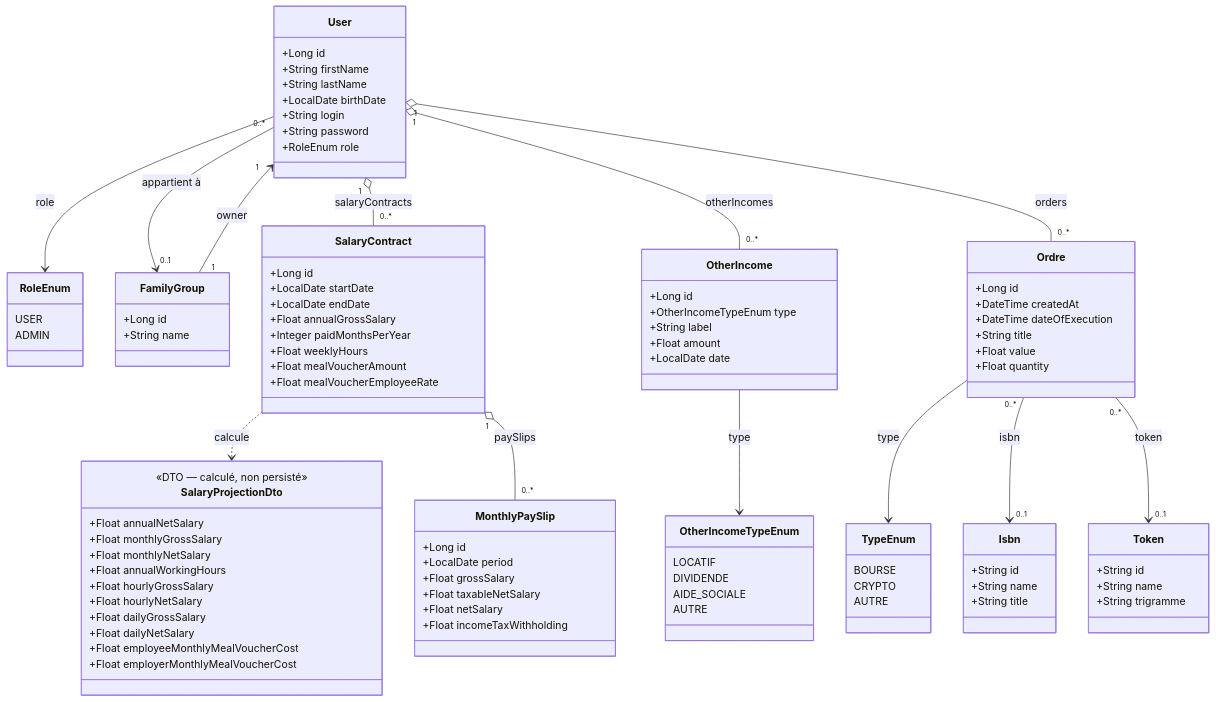
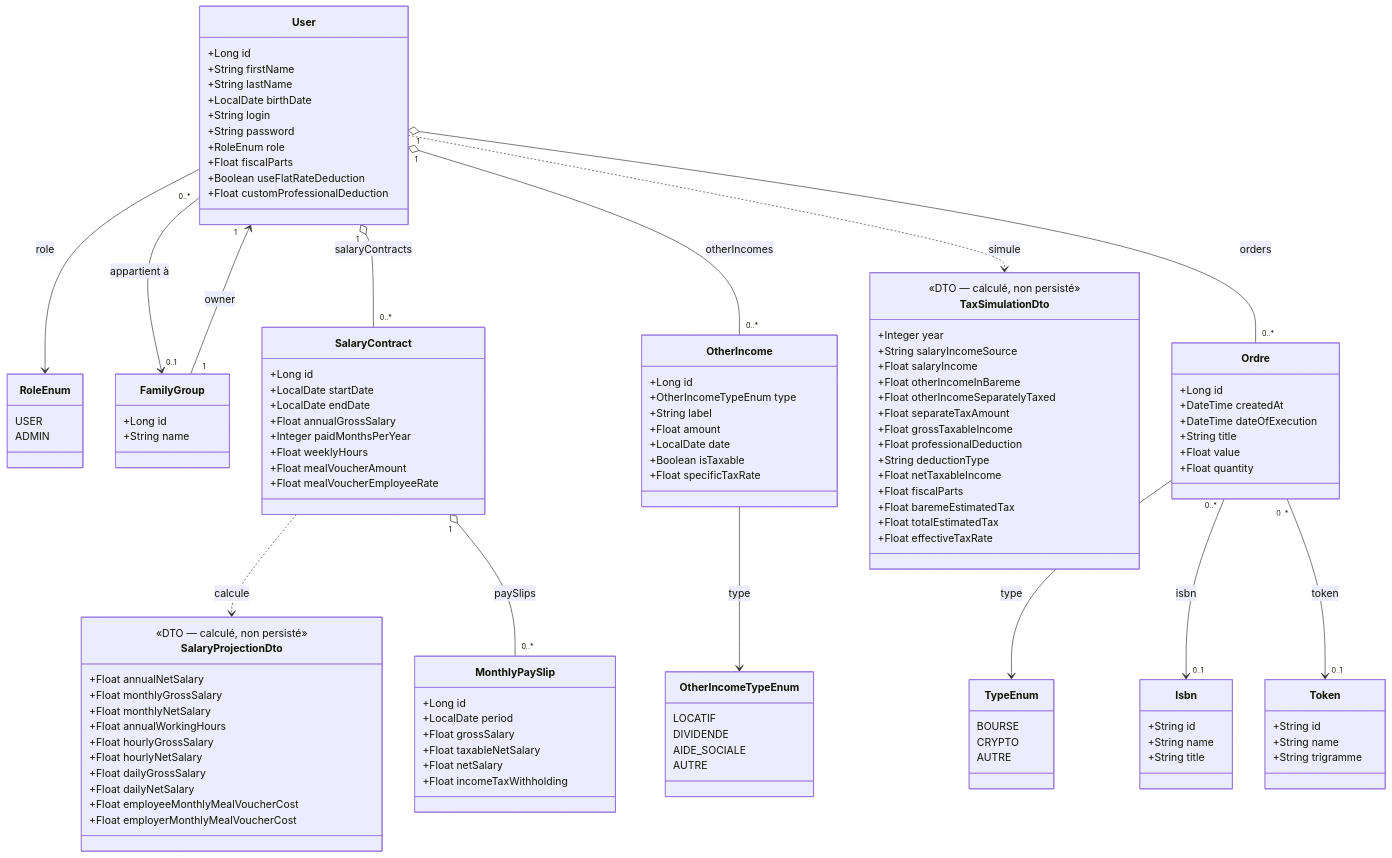
One commit to Neogost/MyFinance changed the diagram in docs/architecture/diagram/class-diagram.mmd. Above: the diagram before and after it, drawn with Mermaid. The commit also changed 8 other files, not shown here.

First line of the commit message:
docs: documentation simulateur des impôts et mise à jour CLAUDE.md

```diff
--- a/docs/architecture/diagram/class-diagram.mmd
+++ b/docs/architecture/diagram/class-diagram.mmd
@@ -1,122 +1,149 @@
 classDiagram
 
     %% ── Utilisateurs ──────────────────────────────────────────
     class User {
         +Long id
         +String firstName
         +String lastName
         +LocalDate birthDate
         +String login
         +String password
         +RoleEnum role
+        +Float fiscalParts
+        +Boolean useFlatRateDeduction
+        +Float customProfessionalDeduction
     }
 
     class RoleEnum {
         USER
         ADMIN
     }
 
     class FamilyGroup {
         +Long id
         +String name
     }
 
     %% ── Revenus salariaux — vue théorique ─────────────────────
     class SalaryContract {
         +Long id
         +LocalDate startDate
         +LocalDate endDate
         +Float annualGrossSalary
         +Integer paidMonthsPerYear
         +Float weeklyHours
         +Float mealVoucherAmount
         +Float mealVoucherEmployeeRate
     }
 
     class SalaryProjectionDto {
         <<DTO — calculé, non persisté>>
         +Float annualNetSalary
         +Float monthlyGrossSalary
         +Float monthlyNetSalary
         +Float annualWorkingHours
         +Float hourlyGrossSalary
         +Float hourlyNetSalary
         +Float dailyGrossSalary
         +Float dailyNetSalary
         +Float employeeMonthlyMealVoucherCost
         +Float employerMonthlyMealVoucherCost
     }
 
     %% ── Revenus salariaux — bulletins réels ───────────────────
     class MonthlyPaySlip {
         +Long id
         +LocalDate period
         +Float grossSalary
         +Float taxableNetSalary
         +Float netSalary
         +Float incomeTaxWithholding
     }
 
     %% ── Revenus non salariés ──────────────────────────────────
     class OtherIncome {
         +Long id
         +OtherIncomeTypeEnum type
         +String label
         +Float amount
         +LocalDate date
+        +Boolean isTaxable
+        +Float specificTaxRate
+    }
+
+    %% ── Simulateur des impôts ─────────────────────────────────
+    class TaxSimulationDto {
+        <<DTO — calculé, non persisté>>
+        +Integer year
+        +String salaryIncomeSource
+        +Float salaryIncome
+        +Float otherIncomeInBareme
+        +Float otherIncomeSeparatelyTaxed
+        +Float separateTaxAmount
+        +Float grossTaxableIncome
+        +Float professionalDeduction
+        +String deductionType
+        +Float netTaxableIncome
+        +Float fiscalParts
+        +Float baremeEstimatedTax
+        +Float totalEstimatedTax
+        +Float effectiveTaxRate
     }
 
     class OtherIncomeTypeEnum {
         LOCATIF
         DIVIDENDE
         AIDE_SOCIALE
         AUTRE
     }
 
     %% ── Ordres / Positions ────────────────────────────────────
     class Ordre {
         +Long id
         +DateTime createdAt
         +DateTime dateOfExecution
         +String title
         +Float value
         +Float quantity
     }
 
     class TypeEnum {
         BOURSE
         CRYPTO
         AUTRE
     }
 
     class Isbn {
         +String id
         +String name
         +String title
     }
 
     class Token {
         +String id
         +String name
         +String trigramme
     }
 
     %% ── Relations utilisateurs ────────────────────────────────
     User --> RoleEnum : role
     User "0..*" --> "0..1" FamilyGroup : appartient à
     FamilyGroup "1" --> "1" User : owner
 
     %% ── Relations revenus salariaux ───────────────────────────
     User "1" o-- "0..*" SalaryContract : salaryContracts
     SalaryContract ..> SalaryProjectionDto : calcule
     SalaryContract "1" o-- "0..*" MonthlyPaySlip : paySlips
 
     %% ── Relations revenus non salariés ───────────────────────
     User "1" o-- "0..*" OtherIncome : otherIncomes
     OtherIncome --> OtherIncomeTypeEnum : type
 
+    %% ── Relations simulateur des impôts ───────────────────────
+    User ..> TaxSimulationDto : simule
+
     %% ── Relations ordres ──────────────────────────────────────
     User "1" o-- "0..*" Ordre : orders
     Ordre --> TypeEnum : type
     Ordre "0..*" --> "0..1" Isbn : isbn
     Ordre "0..*" --> "0..1" Token : token
```
